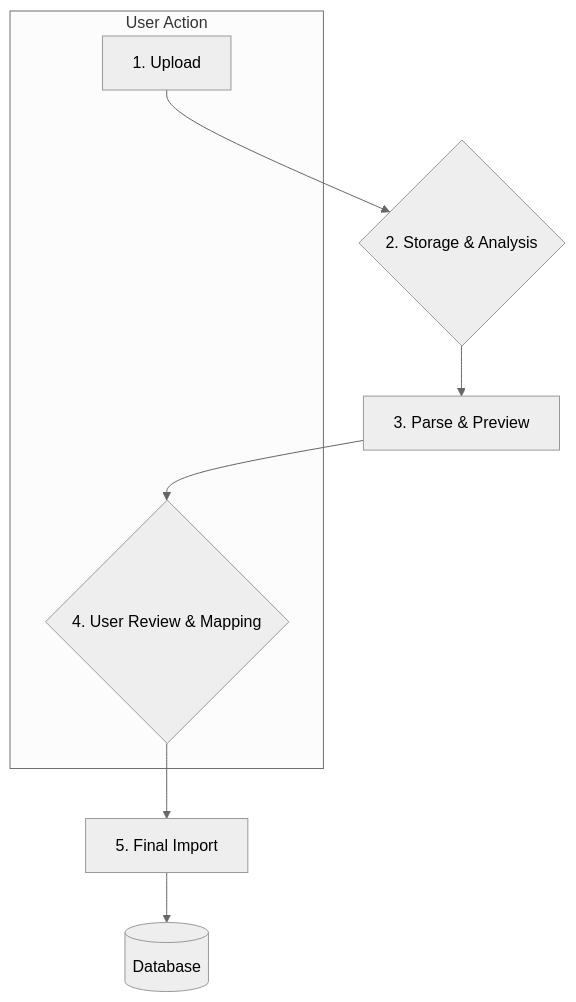
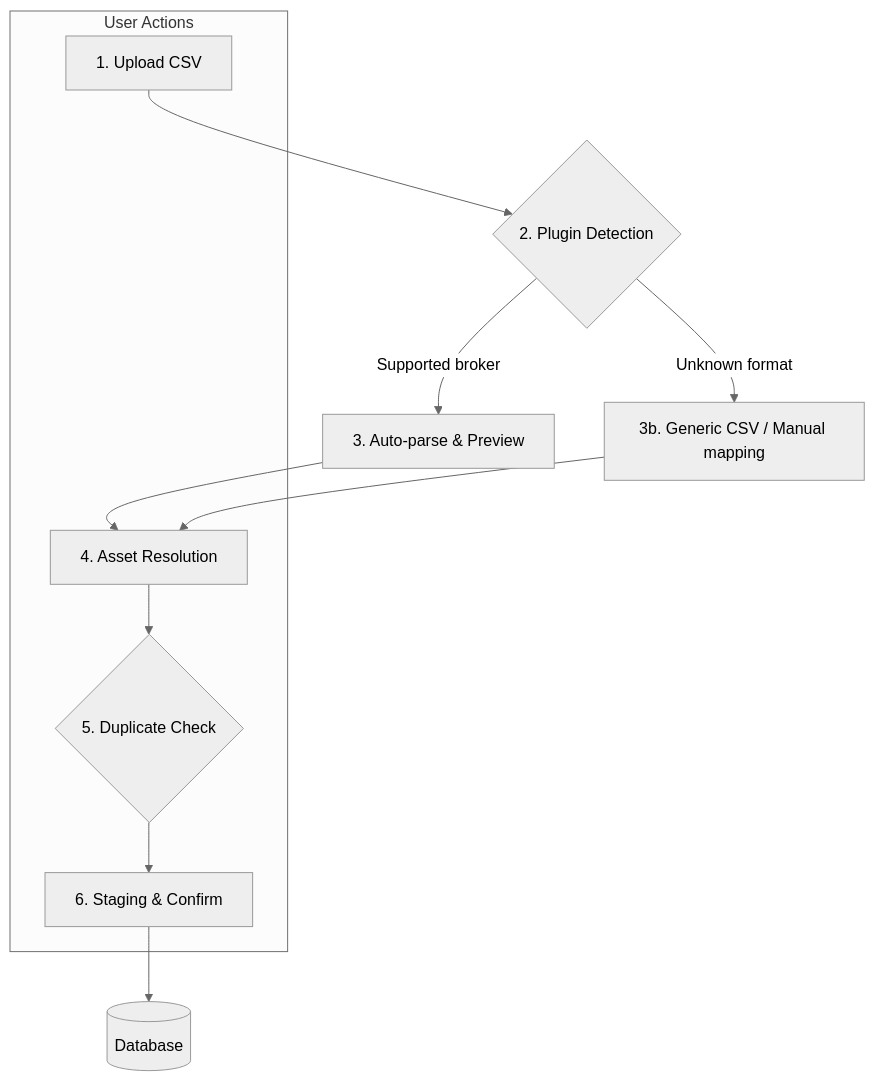
One commit to Librefolio/LibreFolio changed the diagram in mkdocs_src/docs/developer/backend/brim/architecture.md. Above: the diagram before and after it, drawn with Mermaid (neutral theme). The commit also changed other lines of this file and 43 other files, not shown here.

First line of the commit message:
docs: document dashboard KPI/charts + BRIM Generic CSV spec

````diff
--- a/mkdocs_src/docs/developer/backend/brim/architecture.md
+++ b/mkdocs_src/docs/developer/backend/brim/architecture.md
@@ -10,13 +9,18 @@
 ```mermaid
 graph TD
-    A[1. Upload] --> B{2. Storage & Analysis}
-    B --> C[3. Parse & Preview]
-    C --> D{4. User Review & Mapping}
-    D --> E[5. Final Import]
-    E --> F[(Database)]
+    A[1. Upload CSV] --> B{2. Plugin Detection}
+    B -->|Supported broker| C[3. Auto-parse & Preview]
+    B -->|Unknown format| D[3b. Generic CSV / Manual mapping]
+    C --> E[4. Asset Resolution]
+    D --> E
+    E --> F{5. Duplicate Check}
+    F --> G[6. Staging & Confirm]
+    G --> H[(Database)]
 
-    subgraph User Action
+    subgraph User Actions
         A
-        D
+        E
+        F
+        G
     end
 ```
````
